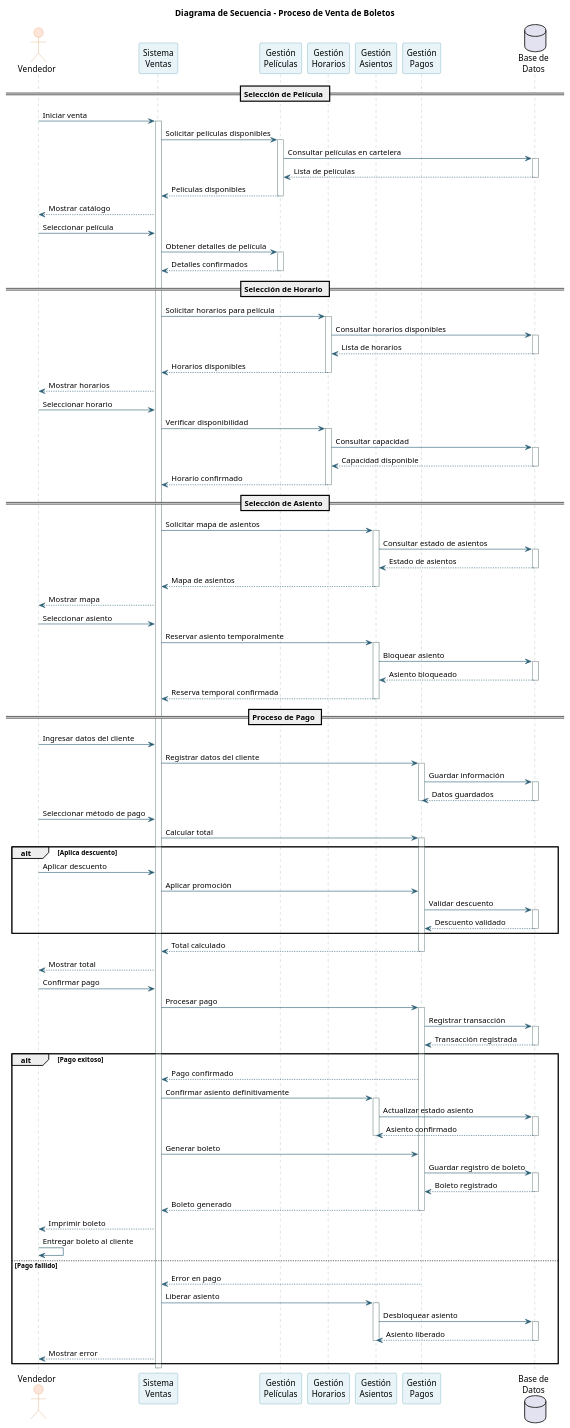
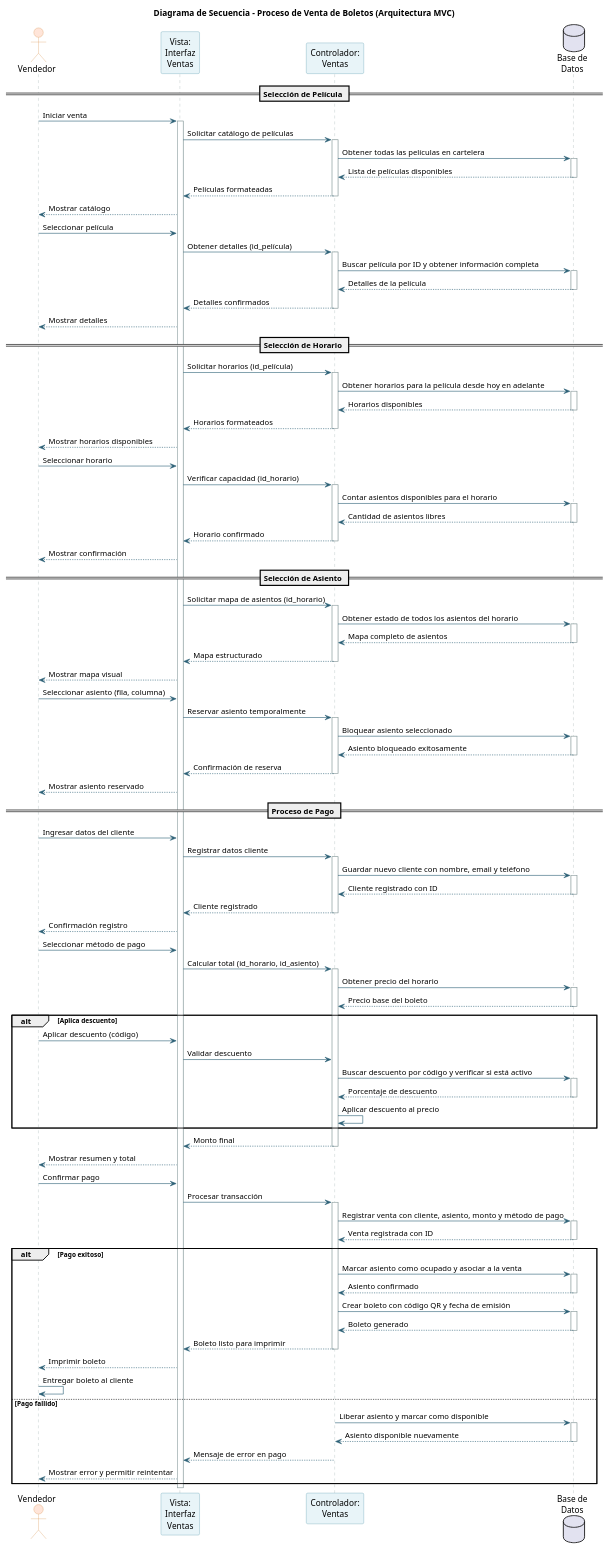
The diagram in DiagramaSecuencia.puml (zurupe/AD_2025), drawn with PlantUML before and after one commit. The commit also changed 3 other files, not shown here.

```diff
--- a/DiagramaSecuencia.puml
+++ b/DiagramaSecuencia.puml
@@ -1,150 +1,157 @@
 @startuml DiagramaSecuencia
 skinparam shadowing false
 skinparam sequence {
   ArrowColor #2C5F75
   ActorBorderColor #D68C45
   ActorBackgroundColor #FFE5D9
   ParticipantBorderColor #4A90A4
   ParticipantBackgroundColor #E8F4F8
   LifeLineBorderColor #95A5A6
   FontColor #2C3E50
 }
 
-title Diagrama de Secuencia - Proceso de Venta de Boletos
+title Diagrama de Secuencia - Proceso de Venta de Boletos (Arquitectura MVC)
 
 actor "Vendedor" as V
-participant "Sistema\nVentas" as SV
-participant "Gestión\nPelículas" as GP
-participant "Gestión\nHorarios" as GH
-participant "Gestión\nAsientos" as GA
-participant "Gestión\nPagos" as GPag
+participant "Vista:\nInterfaz\nVentas" as Vista
+participant "Controlador:\nVentas" as Ctrl
 database "Base de\nDatos" as BD
 
 == Selección de Película ==
-V -> SV: Iniciar venta
-activate SV
-SV -> GP: Solicitar películas disponibles
-activate GP
-GP -> BD: Consultar películas en cartelera
+V -> Vista: Iniciar venta
+activate Vista
+Vista -> Ctrl: Solicitar catálogo de películas
+activate Ctrl
+Ctrl -> BD: Obtener todas las películas en cartelera
 activate BD
-BD --> GP: Lista de películas
+BD --> Ctrl: Lista de películas disponibles
 deactivate BD
-GP --> SV: Películas disponibles
-deactivate GP
-SV --> V: Mostrar catálogo
-V -> SV: Seleccionar película
-SV -> GP: Obtener detalles de película
-activate GP
-GP --> SV: Detalles confirmados
-deactivate GP
+Ctrl --> Vista: Películas formateadas
+deactivate Ctrl
+Vista --> V: Mostrar catálogo
+
+V -> Vista: Seleccionar película
+Vista -> Ctrl: Obtener detalles (id_película)
+activate Ctrl
+Ctrl -> BD: Buscar película por ID y obtener información completa
+activate BD
+BD --> Ctrl: Detalles de la película
+deactivate BD
+Ctrl --> Vista: Detalles confirmados
+deactivate Ctrl
+Vista --> V: Mostrar detalles
 
 == Selección de Horario ==
-SV -> GH: Solicitar horarios para película
-activate GH
-GH -> BD: Consultar horarios disponibles
+Vista -> Ctrl: Solicitar horarios (id_película)
+activate Ctrl
+Ctrl -> BD: Obtener horarios para la película desde hoy en adelante
 activate BD
-BD --> GH: Lista de horarios
+BD --> Ctrl: Horarios disponibles
 deactivate BD
-GH --> SV: Horarios disponibles
-deactivate GH
-SV --> V: Mostrar horarios
-V -> SV: Seleccionar horario
-SV -> GH: Verificar disponibilidad
-activate GH
-GH -> BD: Consultar capacidad
+Ctrl --> Vista: Horarios formateados
+deactivate Ctrl
+Vista --> V: Mostrar horarios disponibles
+
+V -> Vista: Seleccionar horario
+Vista -> Ctrl: Verificar capacidad (id_horario)
+activate Ctrl
+Ctrl -> BD: Contar asientos disponibles para el horario
 activate BD
-BD --> GH: Capacidad disponible
+BD --> Ctrl: Cantidad de asientos libres
 deactivate BD
-GH --> SV: Horario confirmado
-deactivate GH
+Ctrl --> Vista: Horario confirmado
+deactivate Ctrl
+Vista --> V: Mostrar confirmación
 
 == Selección de Asiento ==
-SV -> GA: Solicitar mapa de asientos
-activate GA
-GA -> BD: Consultar estado de asientos
+Vista -> Ctrl: Solicitar mapa de asientos (id_horario)
+activate Ctrl
+Ctrl -> BD: Obtener estado de todos los asientos del horario
 activate BD
-BD --> GA: Estado de asientos
+BD --> Ctrl: Mapa completo de asientos
 deactivate BD
-GA --> SV: Mapa de asientos
-deactivate GA
-SV --> V: Mostrar mapa
-V -> SV: Seleccionar asiento
-SV -> GA: Reservar asiento temporalmente
-activate GA
-GA -> BD: Bloquear asiento
+Ctrl --> Vista: Mapa estructurado
+deactivate Ctrl
+Vista --> V: Mostrar mapa visual
+
+V -> Vista: Seleccionar asiento (fila, columna)
+Vista -> Ctrl: Reservar asiento temporalmente
+activate Ctrl
+Ctrl -> BD: Bloquear asiento seleccionado
 activate BD
-BD --> GA: Asiento bloqueado
+BD --> Ctrl: Asiento bloqueado exitosamente
 deactivate BD
-GA --> SV: Reserva temporal confirmada
-deactivate GA
+Ctrl --> Vista: Confirmación de reserva
+deactivate Ctrl
+Vista --> V: Mostrar asiento reservado
 
 == Proceso de Pago ==
-V -> SV: Ingresar datos del cliente
-SV -> GPag: Registrar datos del cliente
-activate GPag
-GPag -> BD: Guardar información
+V -> Vista: Ingresar datos del cliente
+Vista -> Ctrl: Registrar datos cliente
+activate Ctrl
+Ctrl -> BD: Guardar nuevo cliente con nombre, email y teléfono
 activate BD
-BD --> GPag: Datos guardados
+BD --> Ctrl: Cliente registrado con ID
 deactivate BD
-deactivate GPag
+Ctrl --> Vista: Cliente registrado
+deactivate Ctrl
+Vista --> V: Confirmación registro
 
-V -> SV: Seleccionar método de pago
-SV -> GPag: Calcular total
-activate GPag
+V -> Vista: Seleccionar método de pago
+Vista -> Ctrl: Calcular total (id_horario, id_asiento)
+activate Ctrl
+Ctrl -> BD: Obtener precio del horario
+activate BD
+BD --> Ctrl: Precio base del boleto
+deactivate BD
 
 alt Aplica descuento
-    V -> SV: Aplicar descuento
-    SV -> GPag: Aplicar promoción
-    GPag -> BD: Validar descuento
+    V -> Vista: Aplicar descuento (código)
+    Vista -> Ctrl: Validar descuento
+    Ctrl -> BD: Buscar descuento por código y verificar si está activo
     activate BD
-    BD --> GPag: Descuento validado
+    BD --> Ctrl: Porcentaje de descuento
     deactivate BD
+    Ctrl -> Ctrl: Aplicar descuento al precio
 end
 
-GPag --> SV: Total calculado
-deactivate GPag
-SV --> V: Mostrar total
+Ctrl --> Vista: Monto final
+deactivate Ctrl
+Vista --> V: Mostrar resumen y total
 
-V -> SV: Confirmar pago
-SV -> GPag: Procesar pago
-activate GPag
-GPag -> BD: Registrar transacción
+V -> Vista: Confirmar pago
+Vista -> Ctrl: Procesar transacción
+activate Ctrl
+Ctrl -> BD: Registrar venta con cliente, asiento, monto y método de pago
 activate BD
-BD --> GPag: Transacción registrada
+BD --> Ctrl: Venta registrada con ID
 deactivate BD
 
 alt Pago exitoso
-    GPag --> SV: Pago confirmado
-    SV -> GA: Confirmar asiento definitivamente
-    activate GA
-    GA -> BD: Actualizar estado asiento
+    Ctrl -> BD: Marcar asiento como ocupado y asociar a la venta
     activate BD
-    BD --> GA: Asiento confirmado
+    BD --> Ctrl: Asiento confirmado
     deactivate BD
-    deactivate GA
     
-    SV -> GPag: Generar boleto
-    GPag -> BD: Guardar registro de boleto
+    Ctrl -> BD: Crear boleto con código QR y fecha de emisión
     activate BD
-    BD --> GPag: Boleto registrado
+    BD --> Ctrl: Boleto generado
     deactivate BD
-    GPag --> SV: Boleto generado
-    deactivate GPag
-    SV --> V: Imprimir boleto
+    Ctrl --> Vista: Boleto listo para imprimir
+    deactivate Ctrl
+    Vista --> V: Imprimir boleto
     V -> V: Entregar boleto al cliente
+    
 else Pago fallido
-    GPag --> SV: Error en pago
-    deactivate GPag
-    SV -> GA: Liberar asiento
-    activate GA
-    GA -> BD: Desbloquear asiento
+    Ctrl -> BD: Liberar asiento y marcar como disponible
     activate BD
-    BD --> GA: Asiento liberado
+    BD --> Ctrl: Asiento disponible nuevamente
     deactivate BD
-    deactivate GA
-    SV --> V: Mostrar error
+    Ctrl --> Vista: Mensaje de error en pago
+    deactivate Ctrl
+    Vista --> V: Mostrar error y permitir reintentar
 end
 
-deactivate SV
+deactivate Vista
 
 @enduml
```
